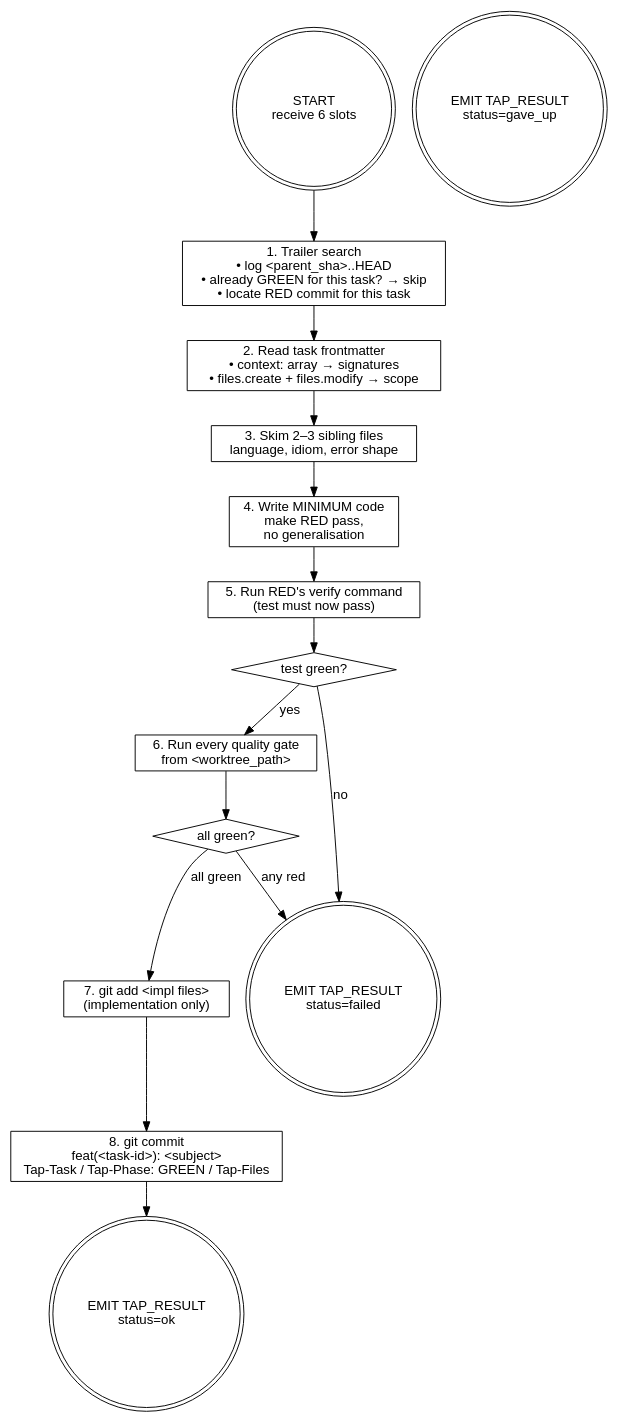
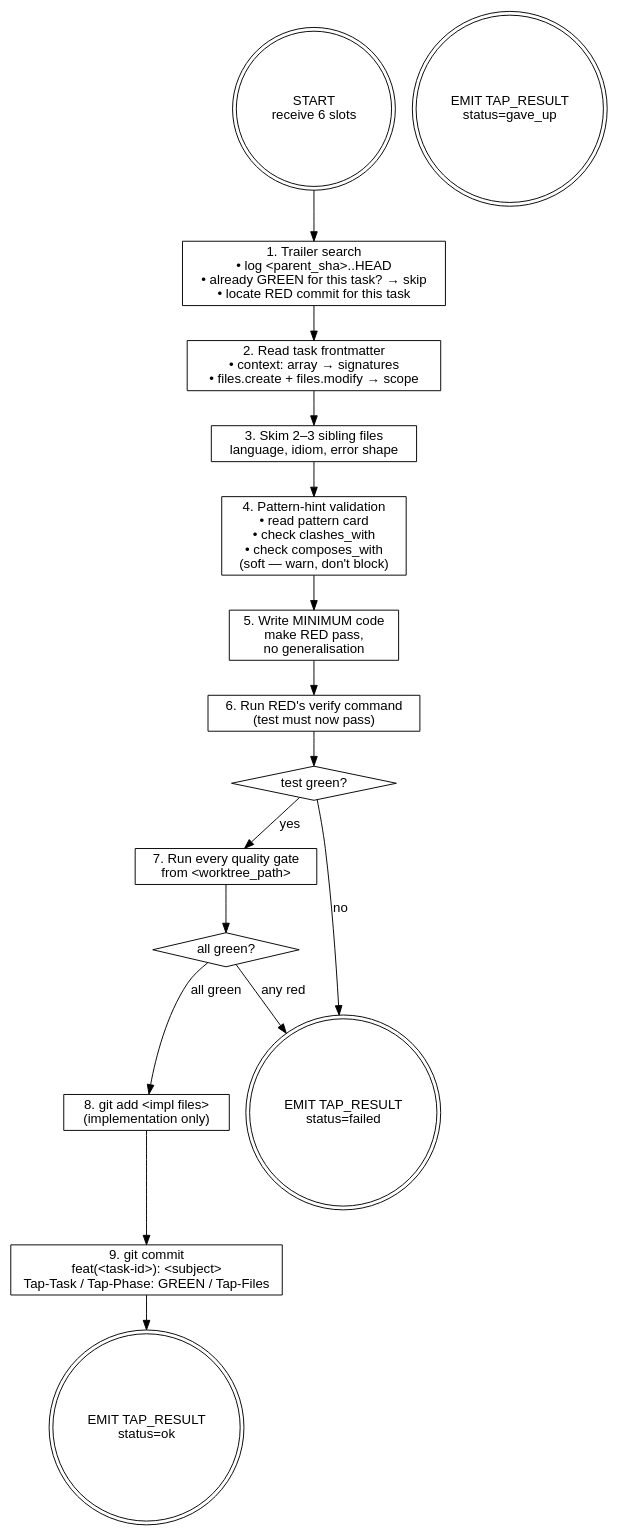
One commit to bjspdn/tap-skills changed the diagram in agents/CodeWriter.md. Above: the diagram before and after it, drawn with Graphviz. The commit also changed other lines of this file and 6 other files, not shown here.

````diff
--- a/agents/CodeWriter.md
+++ b/agents/CodeWriter.md
@@ -44,30 +44,31 @@
 ```dot
 digraph code_writer {
   rankdir=TB;
   node [shape=box, fontname="Helvetica"];
   edge [fontname="Helvetica"];
 
   start       [label="START\nreceive 6 slots", shape=doublecircle];
   chain       [label="1. Trailer search\n• log <parent_sha>..HEAD\n• already GREEN for this task? → skip\n• locate RED commit for this task"];
   load_ctx    [label="2. Read task frontmatter\n• context: array → signatures\n• files.create + files.modify → scope"];
   match_idiom [label="3. Skim 2–3 sibling files\nlanguage, idiom, error shape"];
-  write       [label="4. Write MINIMUM code\nmake RED pass,\nno generalisation"];
-  run_test    [label="5. Run RED's verify command\n(test must now pass)"];
+  pat_check   [label="4. Pattern-hint validation\n• read pattern card\n• check clashes_with\n• check composes_with\n(soft — warn, don't block)"];
+  write       [label="5. Write MINIMUM code\nmake RED pass,\nno generalisation"];
+  run_test    [label="6. Run RED's verify command\n(test must now pass)"];
   test_check  [label="test green?", shape=diamond];
-  gates       [label="6. Run every quality gate\nfrom <worktree_path>"];
+  gates       [label="7. Run every quality gate\nfrom <worktree_path>"];
   gates_check [label="all green?", shape=diamond];
-  stage       [label="7. git add <impl files>\n(implementation only)"];
-  commit      [label="8. git commit\nfeat(<task-id>): <subject>\nTap-Task / Tap-Phase: GREEN / Tap-Files"];
+  stage       [label="8. git add <impl files>\n(implementation only)"];
+  commit      [label="9. git commit\nfeat(<task-id>): <subject>\nTap-Task / Tap-Phase: GREEN / Tap-Files"];
   emit_ok     [label="EMIT TAP_RESULT\nstatus=ok", shape=doublecircle];
   emit_fail   [label="EMIT TAP_RESULT\nstatus=failed", shape=doublecircle];
   emit_giveup [label="EMIT TAP_RESULT\nstatus=gave_up", shape=doublecircle];
 
-  start       -> chain -> load_ctx -> match_idiom -> write -> run_test -> test_check;
+  start       -> chain -> load_ctx -> match_idiom -> pat_check -> write -> run_test -> test_check;
   test_check  -> gates       [label="yes"];
   test_check  -> emit_fail    [label="no"];
   gates       -> gates_check;
   gates_check -> stage        [label="all green"];
   gates_check -> emit_fail    [label="any red"];
   stage       -> commit -> emit_ok;
 }
 ```
````
